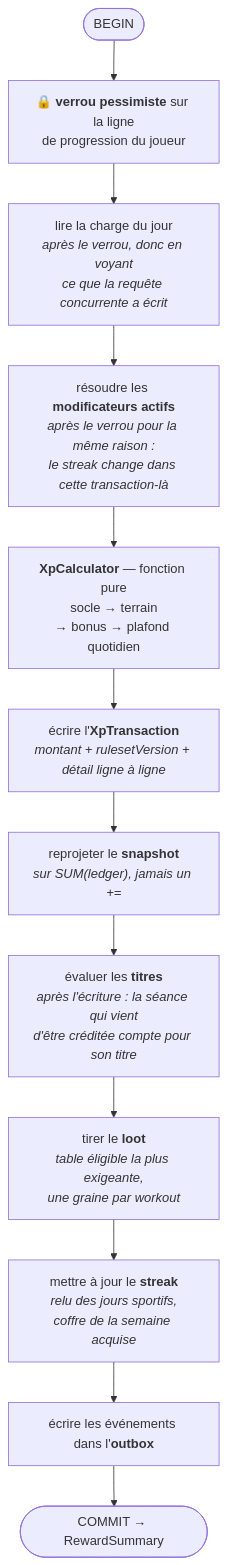
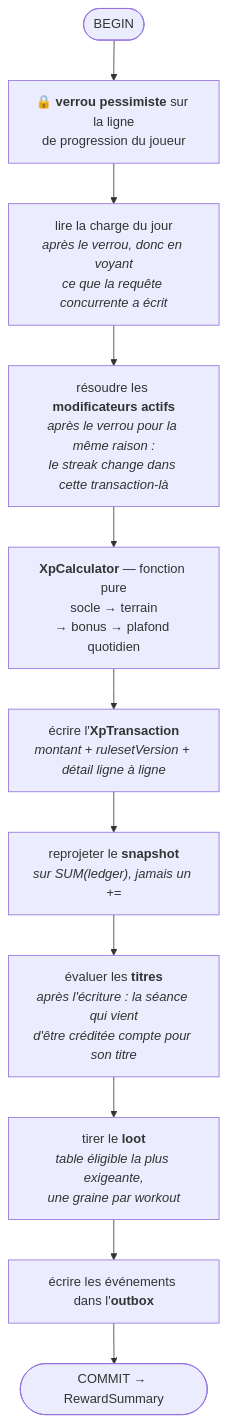
The seventh of 14 diagrams in ARCHITECTURE.md (younesdiouri/grrind-back), drawn with Mermaid before and after one commit. The commit also changed other lines of this file and 26 other files, not shown here.

````diff
--- a/ARCHITECTURE.md
+++ b/ARCHITECTURE.md
@@ -250,17 +250,16 @@
 ```mermaid
 flowchart TB
     start(["BEGIN"]) --> lock
 
     lock["🔒 <b>verrou pessimiste</b> sur la ligne<br/>de progression du joueur"]
     lock --> load["lire la charge du jour<br/><i>après le verrou, donc en voyant<br/>ce que la requête concurrente a écrit</i>"]
     load --> mods["résoudre les <b>modificateurs actifs</b><br/><i>après le verrou pour la même raison :<br/>le streak change dans cette transaction-là</i>"]
     mods --> calc["<b>XpCalculator</b> — fonction pure<br/>socle → terrain<br/>→ bonus → plafond quotidien"]
     calc --> ledger["écrire l'<b>XpTransaction</b><br/><i>montant + rulesetVersion + détail ligne à ligne</i>"]
     ledger --> snap["reprojeter le <b>snapshot</b><br/><i>sur SUM(ledger), jamais un +=</i>"]
     snap --> titles["évaluer les <b>titres</b><br/><i>après l'écriture : la séance qui vient<br/>d'être créditée compte pour son titre</i>"]
     titles --> loot["tirer le <b>loot</b><br/><i>table éligible la plus exigeante,<br/>une graine par workout</i>"]
-    loot --> streak["mettre à jour le <b>streak</b><br/><i>relu des jours sportifs,<br/>coffre de la semaine acquise</i>"]
-    streak --> obx["écrire les événements dans l'<b>outbox</b>"]
+    loot --> obx["écrire les événements dans l'<b>outbox</b>"]
     obx --> done(["COMMIT → RewardSummary"])
 
 ```
````
